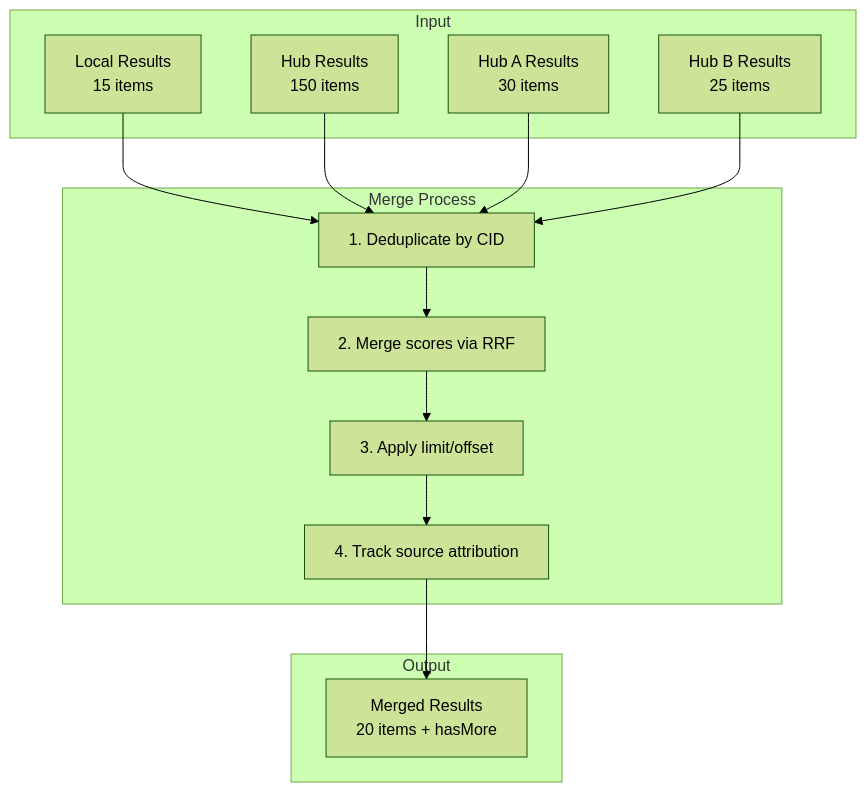
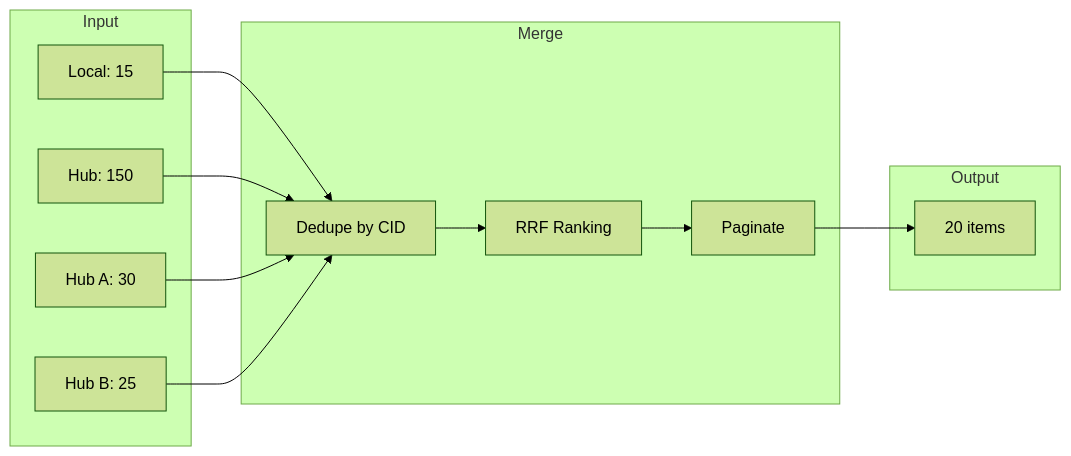
Before and after one commit to crs48/xNet: the sixth of 7 diagrams in docs/explorations/0037_USEQUERY_PAGINATION.md, drawn with Mermaid (forest theme).

Commit message:
fix(docs): simplify mermaid diagram syntax for better rendering

````diff
--- a/docs/explorations/0037_USEQUERY_PAGINATION.md
+++ b/docs/explorations/0037_USEQUERY_PAGINATION.md
@@ -1001,26 +1001,27 @@
 ```mermaid
-flowchart TB
-    subgraph "Input"
-        L[Local Results<br/>15 items]
-        H[Hub Results<br/>150 items]
-        F1[Hub A Results<br/>30 items]
-        F2[Hub B Results<br/>25 items]
+flowchart LR
+    subgraph Input
+        L[Local: 15]
+        H[Hub: 150]
+        F1[Hub A: 30]
+        F2[Hub B: 25]
     end
 
-    subgraph "Merge Process"
-        D1[1. Deduplicate by CID]
-        D2[2. Merge scores via RRF]
-        D3[3. Apply limit/offset]
-        D4[4. Track source attribution]
+    subgraph Merge
+        D1[Dedupe by CID]
+        D2[RRF Ranking]
+        D3[Paginate]
     end
 
-    subgraph "Output"
-        R[Merged Results<br/>20 items + hasMore]
+    subgraph Output
+        R[20 items]
     end
 
     L --> D1
     H --> D1
     F1 --> D1
     F2 --> D1
-    D1 --> D2 --> D3 --> D4 --> R
+    D1 --> D2
+    D2 --> D3
+    D3 --> R
 ```
````
